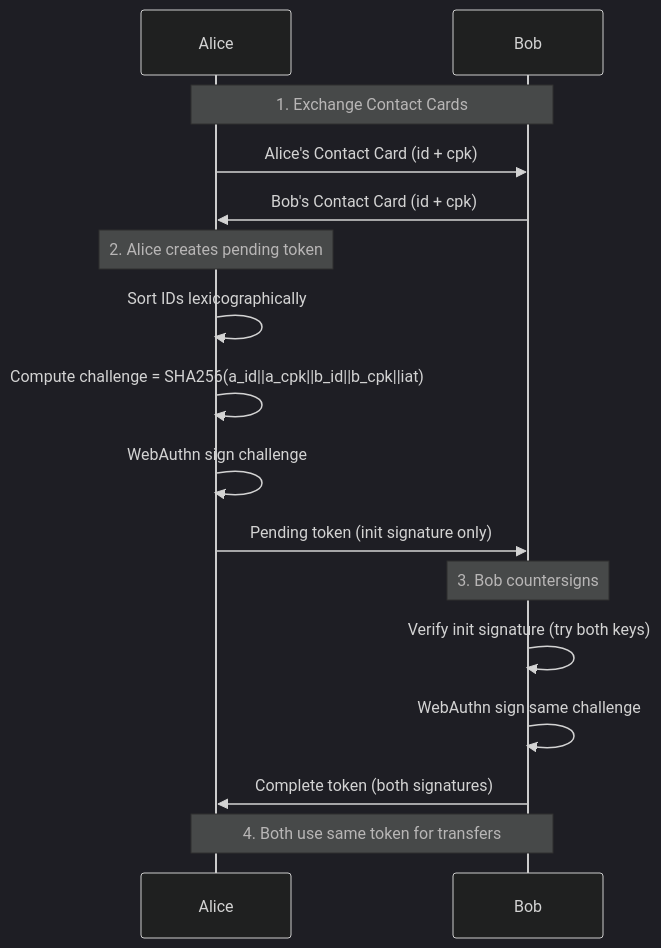
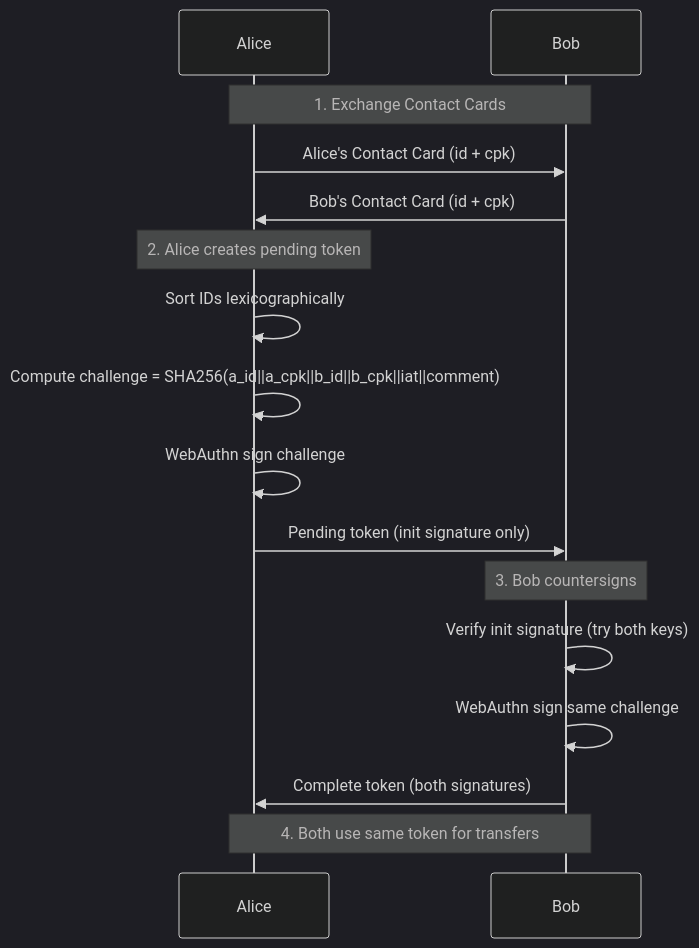
Before and after one commit to andrewtheguy/secure-send-web: the fourth of 9 diagrams in docs/ARCHITECTURE.md, drawn with Mermaid (dark theme). The commit also changed other lines of this file and 3 other files, not shown here.

````diff
--- a/docs/ARCHITECTURE.md
+++ b/docs/ARCHITECTURE.md
@@ -202,18 +206,18 @@
 ```mermaid
 sequenceDiagram
     participant Alice
     participant Bob
     Note over Alice,Bob: 1. Exchange Contact Cards
     Alice->>Bob: Alice's Contact Card (id + cpk)
     Bob->>Alice: Bob's Contact Card (id + cpk)
     Note over Alice: 2. Alice creates pending token
     Alice->>Alice: Sort IDs lexicographically
-    Alice->>Alice: Compute challenge = SHA256(a_id||a_cpk||b_id||b_cpk||iat)
+    Alice->>Alice: Compute challenge = SHA256(a_id||a_cpk||b_id||b_cpk||iat||comment)
     Alice->>Alice: WebAuthn sign challenge
     Alice->>Bob: Pending token (init signature only)
     Note over Bob: 3. Bob countersigns
     Bob->>Bob: Verify init signature (try both keys)
     Bob->>Bob: WebAuthn sign same challenge
     Bob->>Alice: Complete token (both signatures)
     Note over Alice,Bob: 4. Both use same token for transfers
 ```
````
